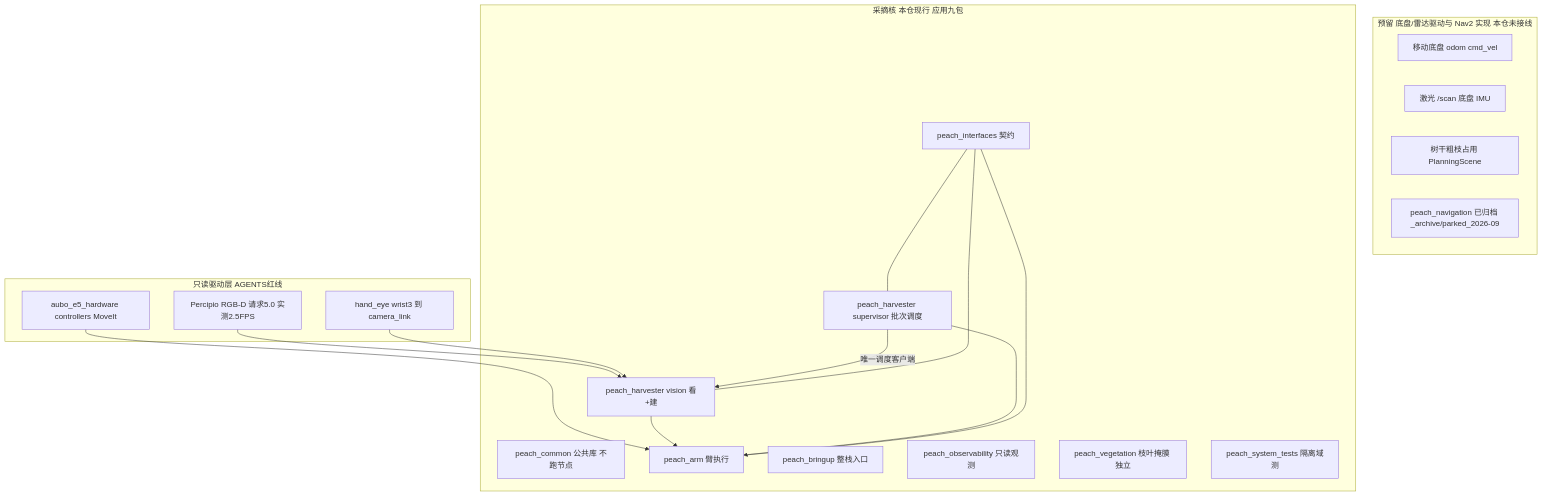
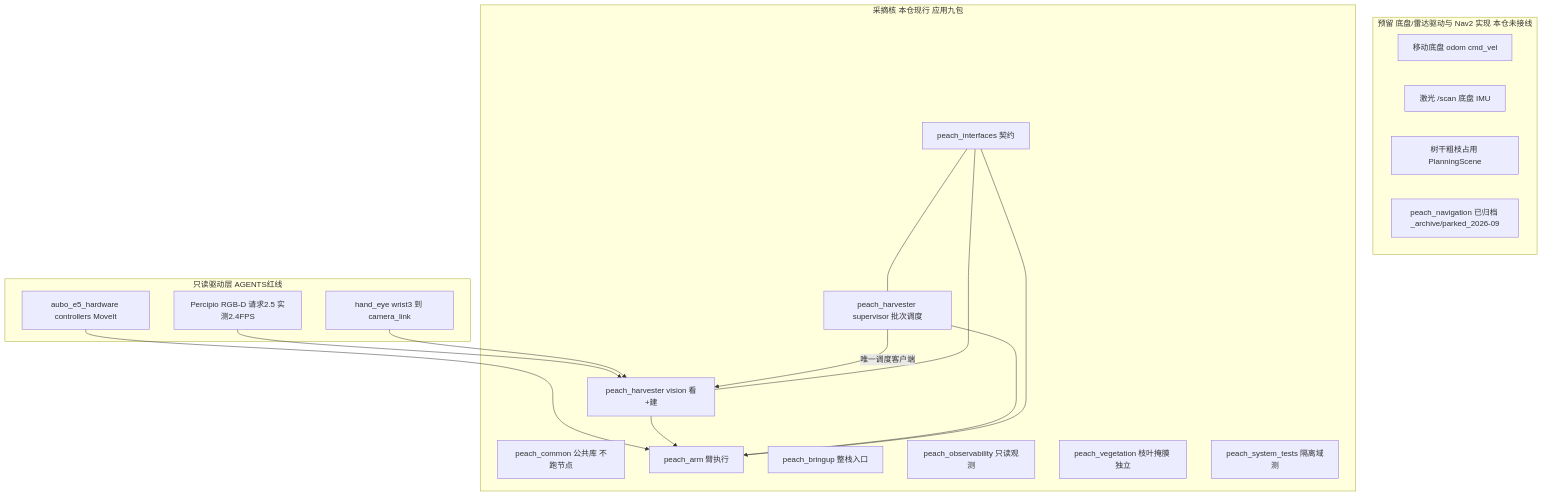
One commit to MUHAN11-c/aubo_boot changed the fourth of 15 diagrams in docs/architecture.md. Above: the diagram before and after it, drawn with Mermaid. The commit also changed other lines of this file and 171 other files, not shown here.

````diff
--- a/docs/architecture.md
+++ b/docs/architecture.md
@@ -166,34 +166,34 @@
 ```mermaid
 flowchart TB
   subgraph reserved ["预留 底盘/雷达驱动与 Nav2 实现 本仓未接线"]
     chassis["移动底盘 odom cmd_vel"]
     lidar["激光 /scan 底盘 IMU"]
     occ["树干粗枝占用 PlanningScene"]
     navpark["peach_navigation 已归档 _archive/parked_2026-09"]
   end
   subgraph core ["采摘核 本仓现行 应用九包"]
     iface["peach_interfaces 契约"]
     common["peach_common 公共库 不跑节点"]
     perc["peach_harvester vision 看+建"]
     skills["peach_arm 臂执行"]
     exe["peach_harvester supervisor 批次调度"]
     bringup["peach_bringup 整栈入口"]
     obs["peach_observability 只读观测"]
     veg["peach_vegetation 枝叶掩膜 独立"]
     systest["peach_system_tests 隔离域测"]
   end
   subgraph hw ["只读驱动层 AGENTS红线"]
-    cam["Percipio RGB-D 请求5.0 实测2.5FPS"]
+    cam["Percipio RGB-D 请求2.5 实测2.4FPS"]
     arm["aubo_e5_hardware controllers MoveIt"]
     eye["hand_eye wrist3 到 camera_link"]
   end
   cam --> perc
   eye --> perc
   arm --> skills
   perc --> skills
   exe -->|"唯一调度客户端"| perc
   exe --> skills
   iface --- perc
   iface --- skills
   iface --- exe
 ```
````
